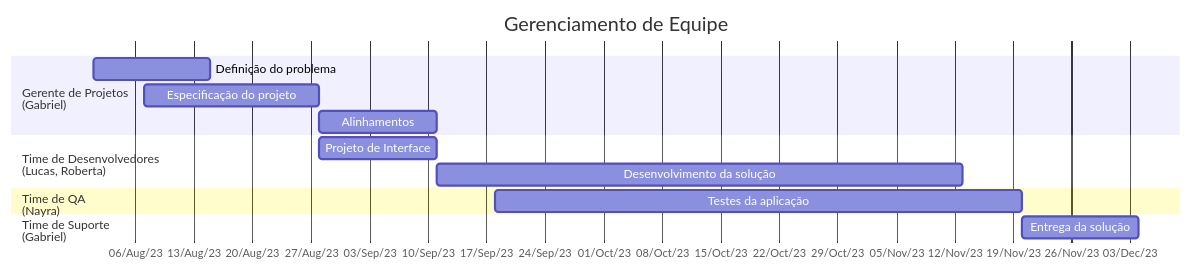
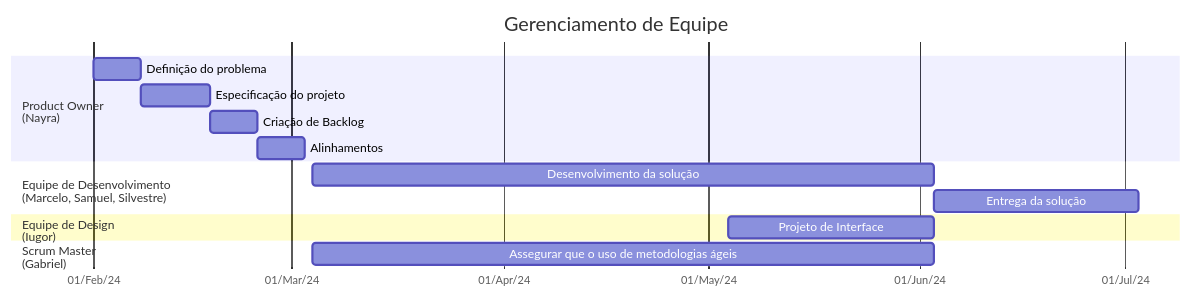
One commit to ICEI-PUC-Minas-PMV-ADS/pmv-ads-2024-1-e4-proj-infra-t1-pmv-ads-2024-1-e4-projcontroledeestoque changed the third of 3 diagrams in docs/02-Especificação do Projeto.md. Above: the diagram before and after it, drawn with Mermaid.

Commit message:
Update 02-Especificação do Projeto.md

````diff
--- a/docs/02-Especificação do Projeto.md
+++ b/docs/02-Especificação do Projeto.md
@@ -259,22 +259,23 @@
 ```mermaid
 gantt
     title Gerenciamento de Equipe
     todayMarker off
     dateFormat  YYYY-MMM-DD
     axisFormat %d/%b/%y
 
-    section Gerente de Projetos <br>(Gabriel)
-    Definição do problema : 2023-08-01, 14d
-    Especificação do projeto    : 2023-08-07, 21d
-    Alinhamentos  : 2023-08-28, 14d
+    section Product Owner <br>(Nayra)
+    Definição do problema : 2024-02-01, 7d
+    Especificação do projeto    : 10d
+    Criação de Backlog    : 7d
+    Alinhamentos  : 7d
 
-    section Time de Desenvolvedores <br>(Lucas, Roberta)
-    Projeto de Interface      : 2023-08-28, 14d
-    Desenvolvimento da solução    : 63d
+    section Equipe de Desenvolvimento <br>(Marcelo, Samuel, Silvestre)
+    Desenvolvimento da solução    : 2024-03-04, 91d
+    Entrega da solução: 30d
 
-    section Time de QA <br>(Nayra)
-    Testes da aplicação : 2023-09-18  , 63d
+    section Equipe de Design <br>(Iugor)
+    Projeto de Interface : 2024-05-04  , 30d
 
-    section Time de Suporte <br>(Gabriel)
-    Entrega da solução  :2023-11-20  , 14d
+    section Scrum Master <br>(Gabriel)
+    Assegurar que o uso de metodologias ágeis  :2024-03-04  , 91d
 ```
````
